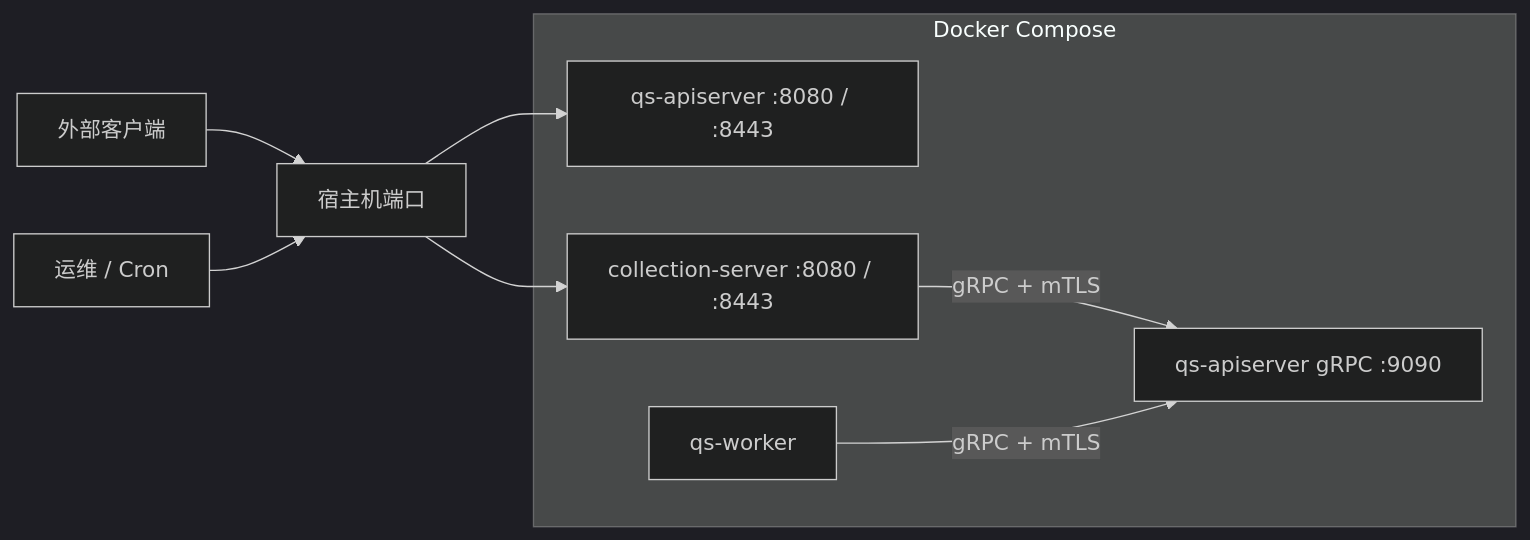
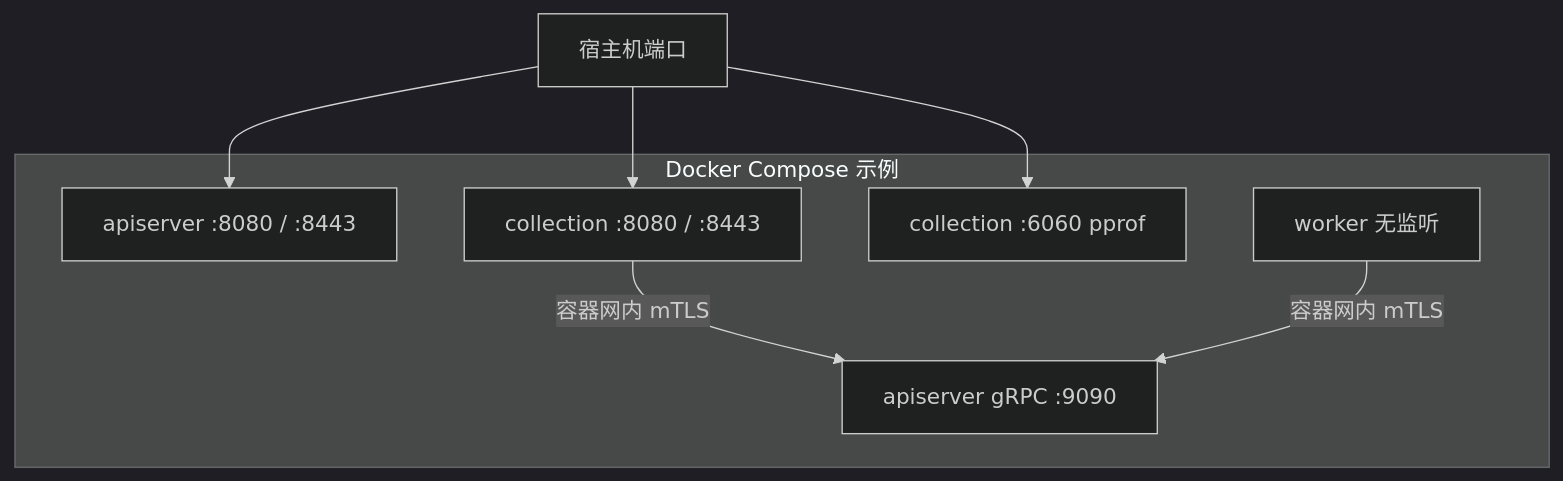
One commit to FangcunMount/qs-server changed the diagram in docs/04-接口与运维/03-部署与端口.md. Above: the diagram before and after it, drawn with Mermaid (dark theme). The commit also changed other lines of this file and 34 other files, not shown here.

````diff
--- a/docs/04-接口与运维/03-部署与端口.md
+++ b/docs/04-接口与运维/03-部署与端口.md
@@ -35,22 +30,19 @@
 ```mermaid
-flowchart LR
-    Internet[外部客户端]
-    Ops[运维 / Cron]
+flowchart TB
     Host[宿主机端口]
 
-    subgraph Compose[Docker Compose]
-        APIRest[qs-apiserver :8080 / :8443]
-        APIGrpc[qs-apiserver gRPC :9090]
-        Collect[collection-server :8080 / :8443]
-        Worker[qs-worker]
+    subgraph Compose[Docker Compose 示例]
+        API_HTTP[apiserver :8080 / :8443]
+        API_GRPC[apiserver gRPC :9090]
+        COL_HTTP[collection :8080 / :8443]
+        COL_PPROF[collection :6060 pprof]
+        WK[worker 无监听]
     end
 
-    Internet --> Host
-    Ops --> Host
+    Host --> API_HTTP
+    Host --> COL_HTTP
+    Host --> COL_PPROF
 
-    Host --> APIRest
-    Host --> Collect
-
-    Collect -->|gRPC + mTLS| APIGrpc
-    Worker -->|gRPC + mTLS| APIGrpc
+    COL_HTTP -->|容器网内 mTLS| API_GRPC
+    WK -->|容器网内 mTLS| API_GRPC
 ```
````
